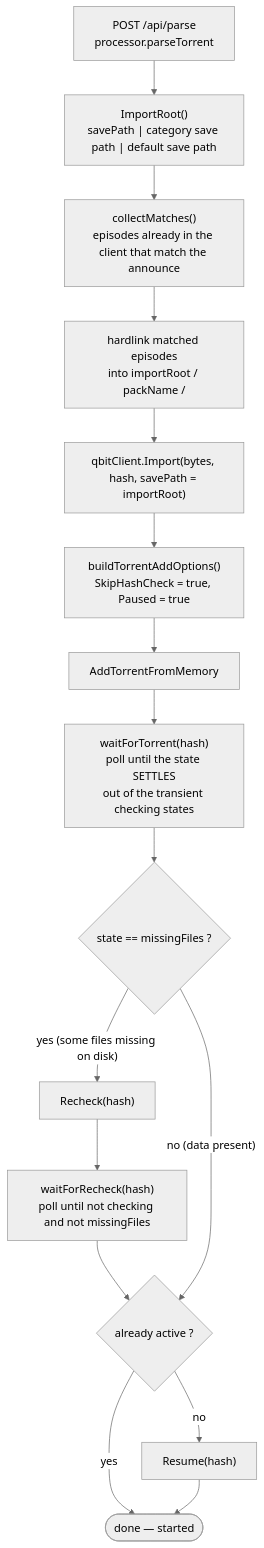
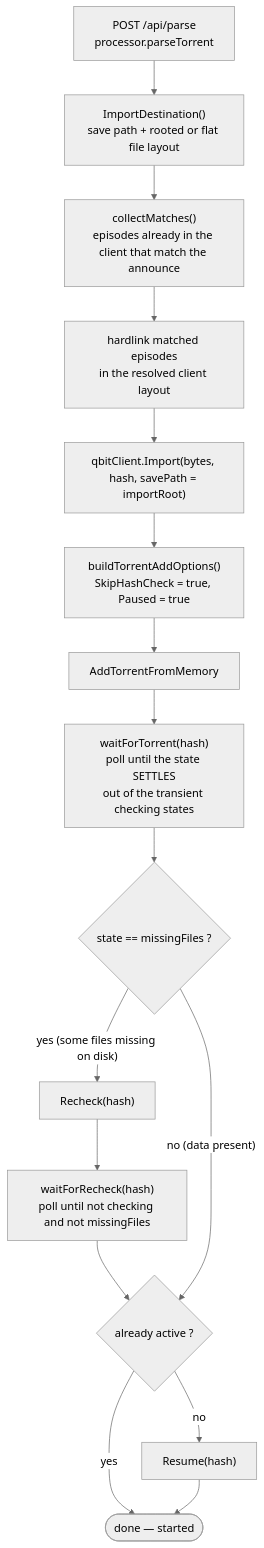
Before and after one commit to nuxencs/seasonpackarr: the first of 2 diagrams in docs/design-docs/qbittorrent-import-flow.md, drawn with Mermaid (neutral theme). The commit also changed other lines of this file and 11 other files, not shown here.

Commit message:
fix(import): honor client content layout

````diff
--- a/docs/design-docs/qbittorrent-import-flow.md
+++ b/docs/design-docs/qbittorrent-import-flow.md
@@ -21,19 +21,19 @@
 ```mermaid
 flowchart TD
-    A["POST /api/parse<br/>processor.parseTorrent"] --> B["ImportRoot()<br/>savePath | category save path | default save path"]
+    A["POST /api/parse<br/>processor.parseTorrent"] --> B["ImportDestination()<br/>save path + rooted or flat file layout"]
     B --> C["collectMatches()<br/>episodes already in the client that match the announce"]
-    C --> D["hardlink matched episodes<br/>into importRoot / packName /"]
+    C --> D["hardlink matched episodes<br/>in the resolved client layout"]
     D --> E["qbitClient.Import(bytes, hash, savePath = importRoot)"]
 
     E --> F["buildTorrentAddOptions()<br/>SkipHashCheck = true, Paused = true"]
     F --> G["AddTorrentFromMemory"]
     G --> H["waitForTorrent(hash)<br/>poll until the state SETTLES<br/>out of the transient checking states"]
     H --> I{"state == missingFiles ?"}
     I -- "yes (some files missing on disk)" --> J["Recheck(hash)"]
     J --> K["waitForRecheck(hash)<br/>poll until not checking and not missingFiles"]
     K --> L{"already active ?"}
     I -- "no (data present)" --> L
     L -- "yes" --> M(["done — started"])
     L -- "no" --> N["Resume(hash)"]
     N --> M
 ```
````
